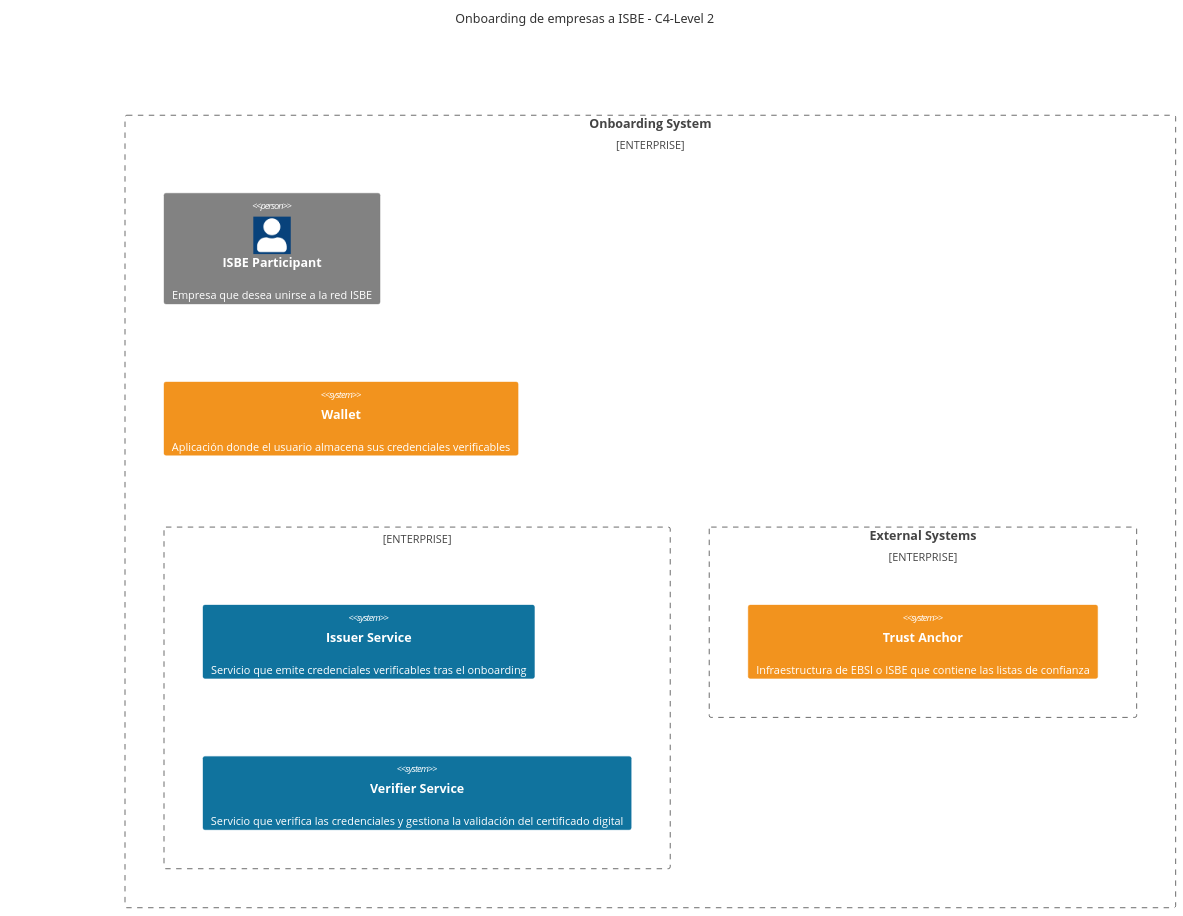
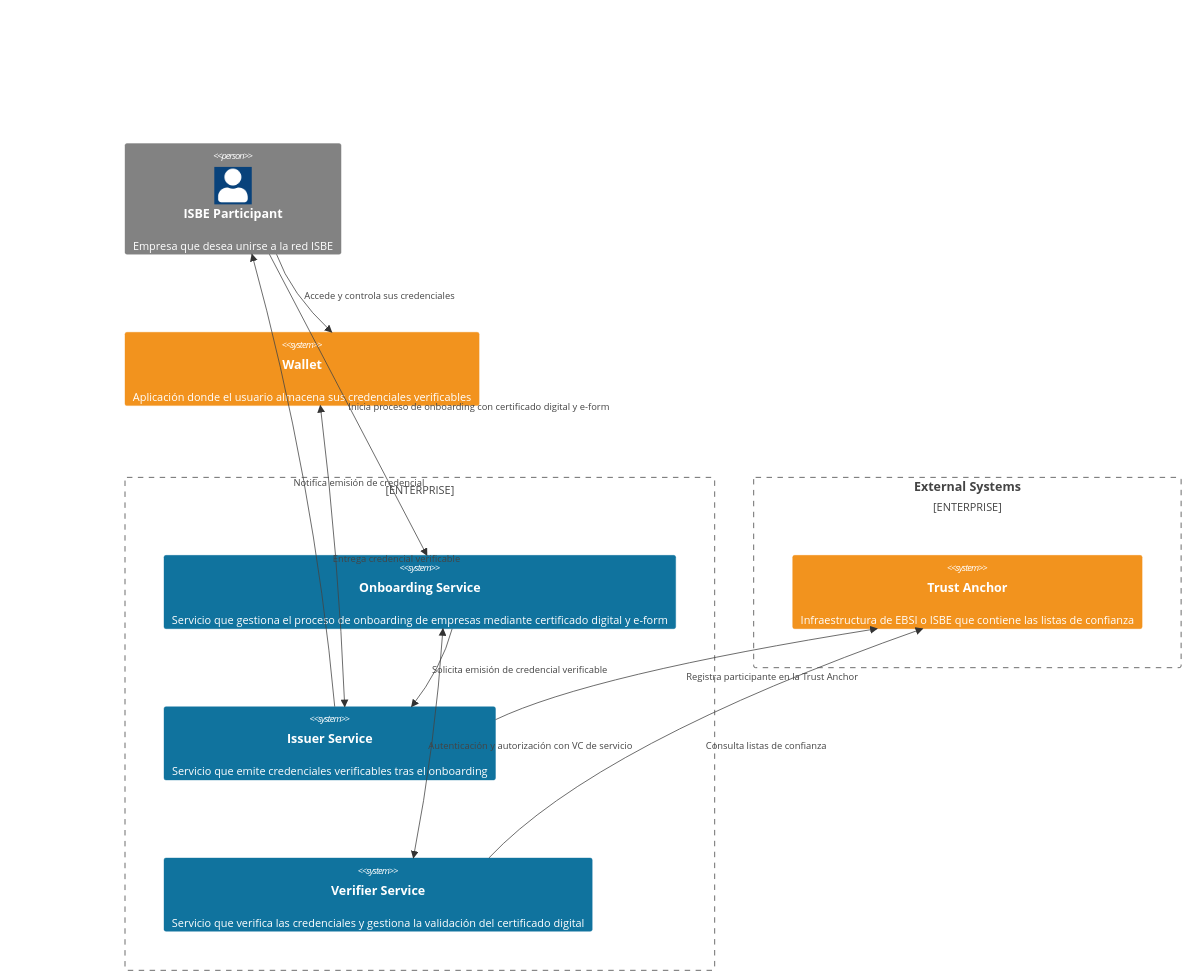
Before and after one commit to alastria/isbe-gobernanza-onboarding: the first of 2 diagrams in docs/artifacts/ISBE-ARTIFACT-04010.md, drawn with Mermaid. The commit also changed other lines of this file, not shown here.

````diff
--- a/docs/artifacts/ISBE-ARTIFACT-04010.md
+++ b/docs/artifacts/ISBE-ARTIFACT-04010.md
@@ -90,31 +92,29 @@
 ```mermaid
 C4Context
-    title Onboarding de empresas a ISBE - C4-Level 2
-
-    Enterprise_Boundary(b0, "Onboarding System") {
-      
-      Person(customerA, "ISBE Participant", "Empresa que desea unirse a la red ISBE")
-      
-      System(SystemE, "Wallet", "Aplicación donde el usuario almacena sus credenciales verificables")
+    Person(customerA, "ISBE Participant", "Empresa que desea unirse a la red ISBE")
+    System(SystemE, "Wallet", "Aplicación donde el usuario almacena sus credenciales verificables")
+    Enterprise_Boundary(b1, "") {
+        System(SystemA, "Onboarding Service", "Servicio que gestiona el proceso de onboarding de empresas mediante certificado digital y e-form")
+        System(SystemB, "Issuer Service", "Servicio que emite credenciales verificables tras el onboarding")
+        System(SystemC, "Verifier Service", "Servicio que verifica las credenciales y gestiona la validación del certificado digital")
+    }
+    Enterprise_Boundary(b2, "External Systems") { 
+        System(SystemD, "Trust Anchor", "Infraestructura de EBSI o ISBE que contiene las listas de confianza")
+    }
   
-      Enterprise_Boundary(b1, "") {
-        
-        System(SystemB, "Issuer Service", "Servicio que emite credenciales verificables tras el onboarding")
-        
-        System(SystemC, "Verifier Service", "Servicio que verifica las credenciales y gestiona la validación del certificado digital")
-      }
-  
-      Enterprise_Boundary(b2, "External Systems") {
-        
-        System(SystemD, "Trust Anchor", "Infraestructura de EBSI o ISBE que contiene las listas de confianza")
-      }
-  
-    }
+    Rel(customerA, SystemA, "Inicia proceso de onboarding con certificado digital y e-form")
+    BiRel(SystemA, SystemC, "Autenticación y autorización con VC de servicio")
+    Rel(SystemC, SystemD, "Consulta listas de confianza")
+    Rel(SystemA, SystemB, "Solicita emisión de credencial verificable")
+    Rel(SystemB, customerA, "Notifica emisión de credencial")
+    Rel(customerA, SystemE, "Accede y controla sus credenciales")
+    BiRel(SystemB, SystemE, "Entrega credencial verificable")
+    Rel(SystemB, SystemD, "Registra participante en la Trust Anchor")
   
     UpdateElementStyle(customerA, $fontColor="white", $bgColor="#828282", $borderColor="#828282")
     UpdateElementStyle(SystemA, $fontColor="white", $bgColor="#10739E", $borderColor="#10739E")
     UpdateElementStyle(SystemB, $fontColor="white", $bgColor="#10739E", $borderColor="#10739E")
     UpdateElementStyle(SystemC, $fontColor="white", $bgColor="#10739E", $borderColor="#10739E")
     UpdateElementStyle(SystemE, $fontColor="white", $bgColor="#F2931E", $borderColor="#F2931E")
     UpdateElementStyle(SystemD, $fontColor="white", $bgColor="#F2931E", $borderColor="#F2931E")
 ```
````
